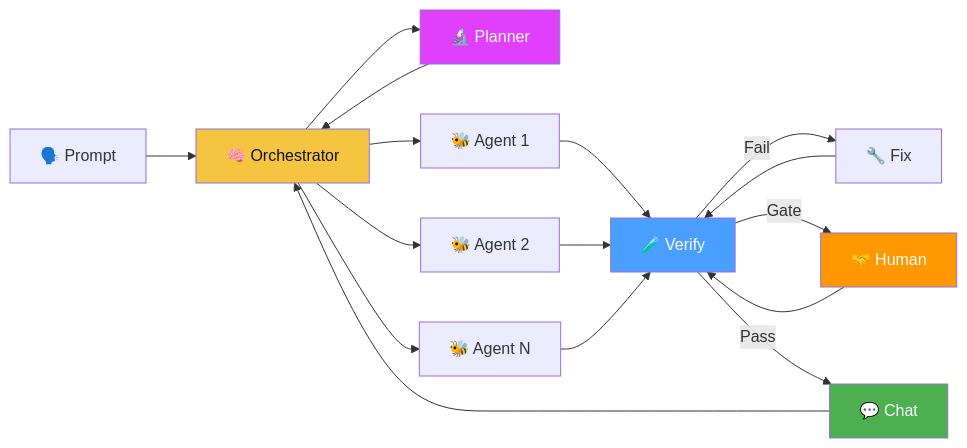
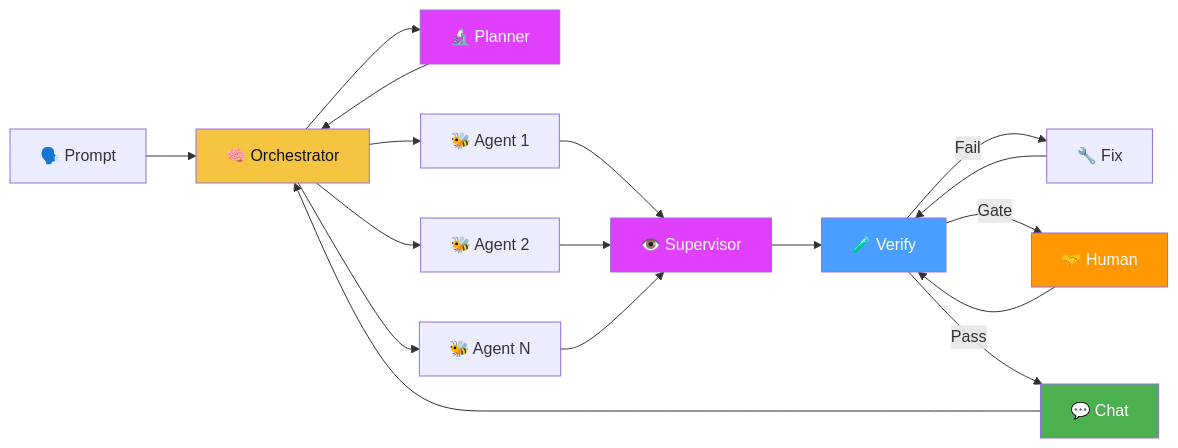
One commit to MrUnreal/hAIvemind changed the first of 3 diagrams in README.md. Above: the diagram before and after it, drawn with Mermaid. The commit also changed other lines of this file and 11 other files, not shown here.

````diff
--- a/README.md
+++ b/README.md
@@ -27,22 +27,24 @@
 ```mermaid
 graph LR
   A["🗣️ Prompt"] --> B["🧠 Orchestrator"]
   B --> P["🔬 Planner"]
   P --> B
   B --> C["🐝 Agent 1"]
   B --> D["🐝 Agent 2"]
   B --> E["🐝 Agent N"]
-  C & D & E --> G["🧪 Verify"]
+  C & D & E --> SV["👁️ Supervisor"]
+  SV --> G["🧪 Verify"]
   G -->|"Fail"| H["🔧 Fix"]
   H --> G
   G -->|"Gate"| K["🤝 Human"]
   K --> G
   G -->|"Pass"| I["💬 Chat"]
   I --> B
 
   style B fill:#f5c542,color:#111
   style P fill:#e040fb,color:#fff
+  style SV fill:#e040fb,color:#fff
   style G fill:#4a9eff,color:#fff
   style K fill:#ff9800,color:#fff
   style I fill:#4caf50,color:#fff
 ```
````
